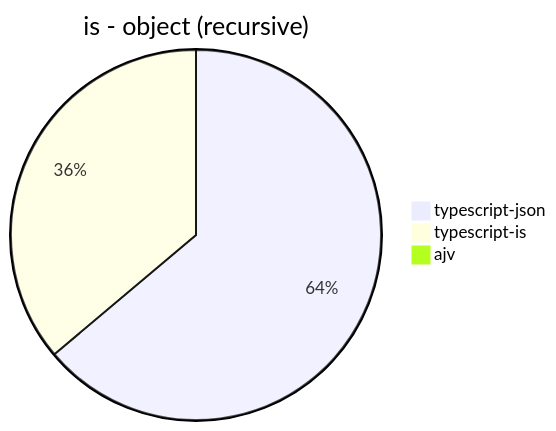
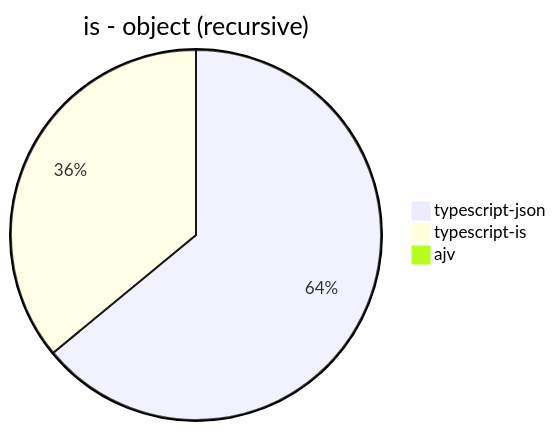
Before and after one commit to samchon/typia: the eighth of 30 diagrams in benchmark/results/AMD Ryzen 7 5800H with Radeon Graphics         .md, drawn with Mermaid. The commit also changed other lines of this file, not shown here.

````diff
--- a/benchmark/results/AMD Ryzen 7 5800H with Radeon Graphics         .md
+++ b/benchmark/results/AMD Ryzen 7 5800H with Radeon Graphics         .md
@@ -84,6 +84,6 @@
 ```mermaid
 pie title is - object (recursive)
-  "typescript-json": 81994.98514115899
-  "typescript-is": 46399.36638091689
+  "typescript-json": 76564.94920174166
+  "typescript-is": 43032.61865493861
   "ajv": 0
 ```
````
